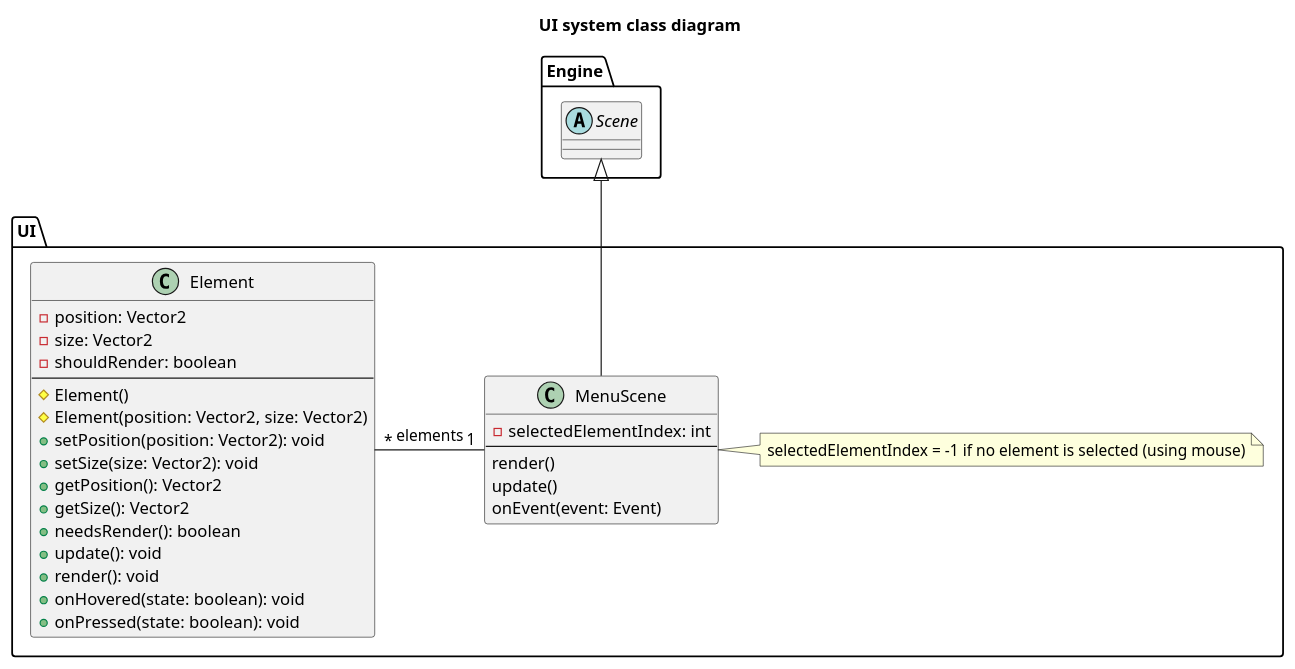
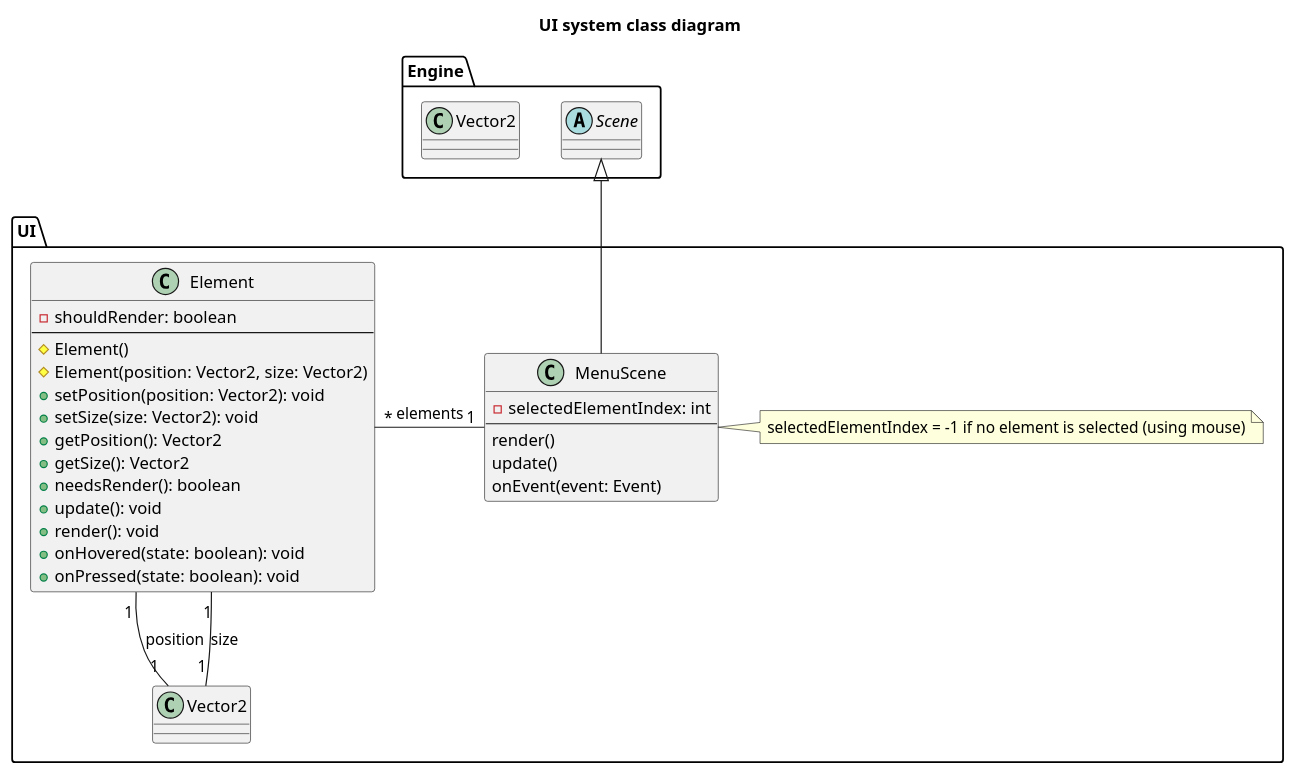
Before and after one commit to toxicbloud/ACL-2023-MazeOfMadness: the diagram in sprints/sprint1/diagrammes/UI.puml, drawn with PlantUML. The commit also changed 3 other files, not shown here.

```diff
--- a/sprints/sprint1/diagrammes/UI.puml
+++ b/sprints/sprint1/diagrammes/UI.puml
@@ -1,40 +1,41 @@
 @startuml
 title UI system class diagram
 
 package UI {
     class Element {
-        - position: Vector2
-        - size: Vector2
         - shouldRender: boolean
         ---
         # Element()
         # Element(position: Vector2, size: Vector2)
         + setPosition(position: Vector2): void
         + setSize(size: Vector2): void
         + getPosition(): Vector2
         + getSize(): Vector2
         + needsRender(): boolean
         + update(): void
         + render(): void
         + onHovered(state: boolean): void
         + onPressed(state: boolean): void
     }
+    Element "1" -- "1" Vector2: position
+    Element "1" -- "1" Vector2: size
 
     class MenuScene {
         - selectedElementIndex: int
         ---
         render()
         update()
         onEvent(event: Event)
     }
     note right: selectedElementIndex = -1 if no element is selected (using mouse)
 }
 
 package Engine {
     abstract Scene
+    class Vector2
 }
 
 MenuScene -up-|> Scene
 Element "*" -right- "1" MenuScene: elements
 
 @enduml
```
